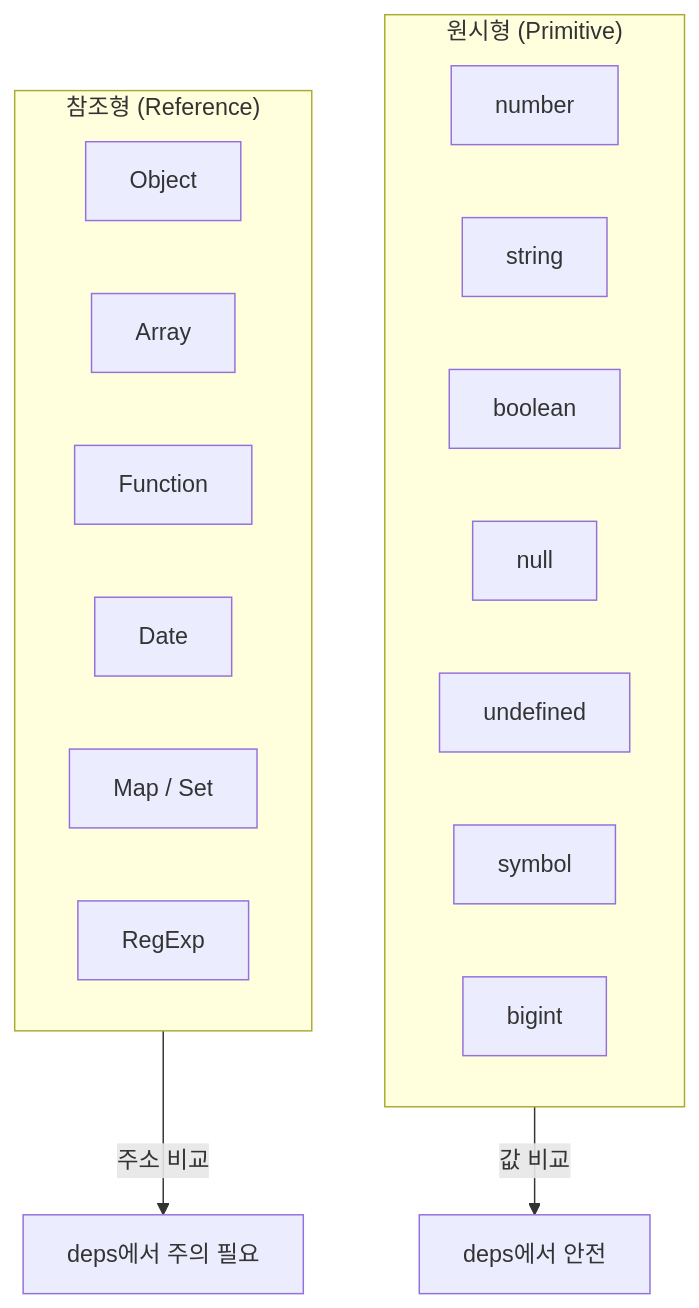
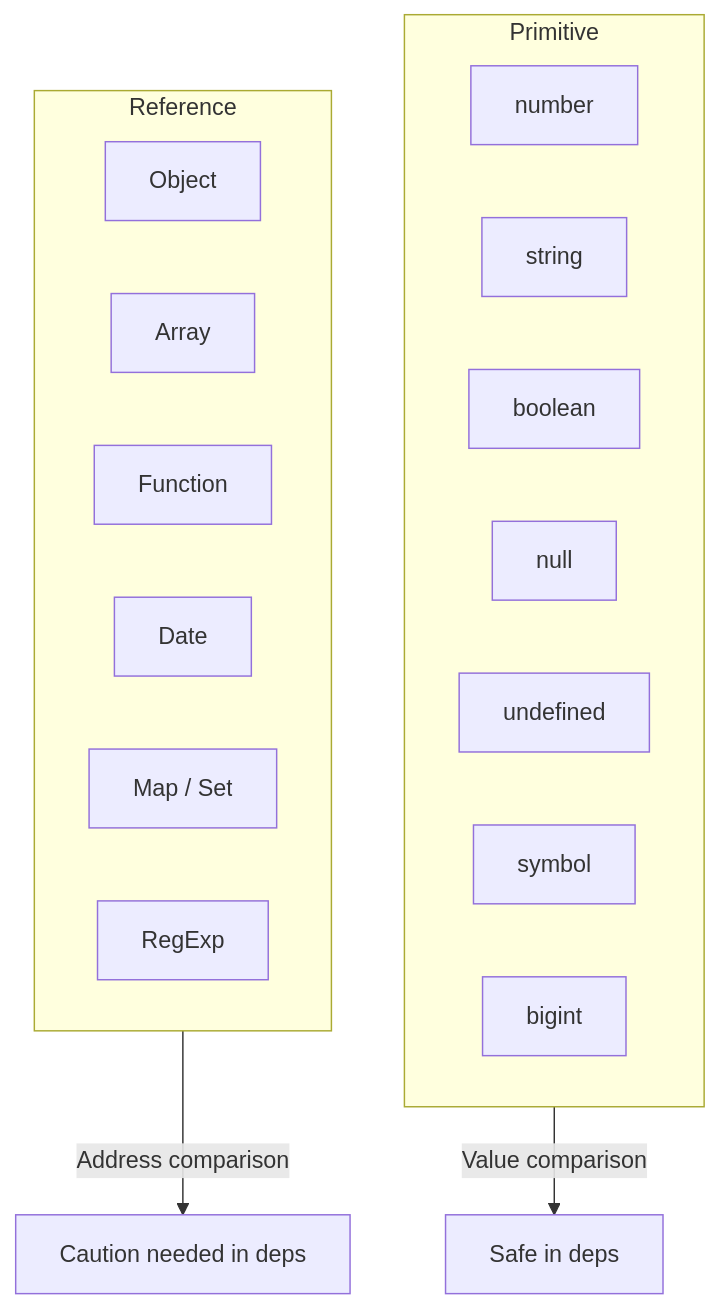
One commit to codefug/codefug.github.io changed the sixth of 19 diagrams in markdown/2026-01-18/en/content.mdx. Above: the diagram before and after it, drawn with Mermaid. The commit also changed other lines of this file and 1 other file, not shown here.

````diff
--- a/markdown/2026-01-18/en/content.mdx
+++ b/markdown/2026-01-18/en/content.mdx
@@ -272,24 +272,24 @@
 ```mermaid
 flowchart TB
-    subgraph 원시형["원시형 (Primitive)"]
+    subgraph Primitive["Primitive"]
         P1[number]
         P2[string]
         P3[boolean]
         P4[null]
         P5[undefined]
         P6[symbol]
         P7[bigint]
     end
 
-    subgraph 참조형["참조형 (Reference)"]
+    subgraph Reference["Reference"]
         R1[Object]
         R2[Array]
         R3[Function]
         R4[Date]
         R5[Map / Set]
         R6[RegExp]
     end
 
-    원시형 -->|"값 비교"| SAFE["deps에서 안전"]
-    참조형 -->|"주소 비교"| DANGER["deps에서 주의 필요"]
+    Primitive -->|"Value comparison"| SAFE["Safe in deps"]
+    Reference -->|"Address comparison"| DANGER["Caution needed in deps"]
 ```
````
